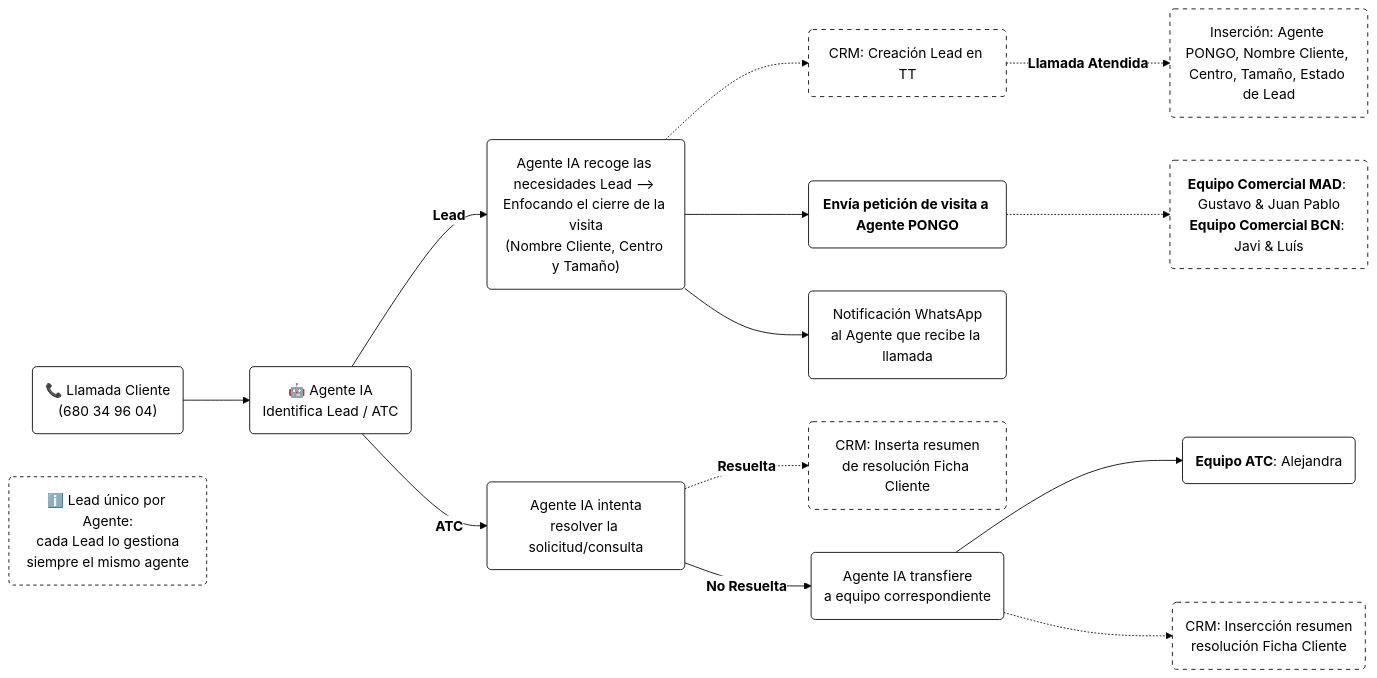
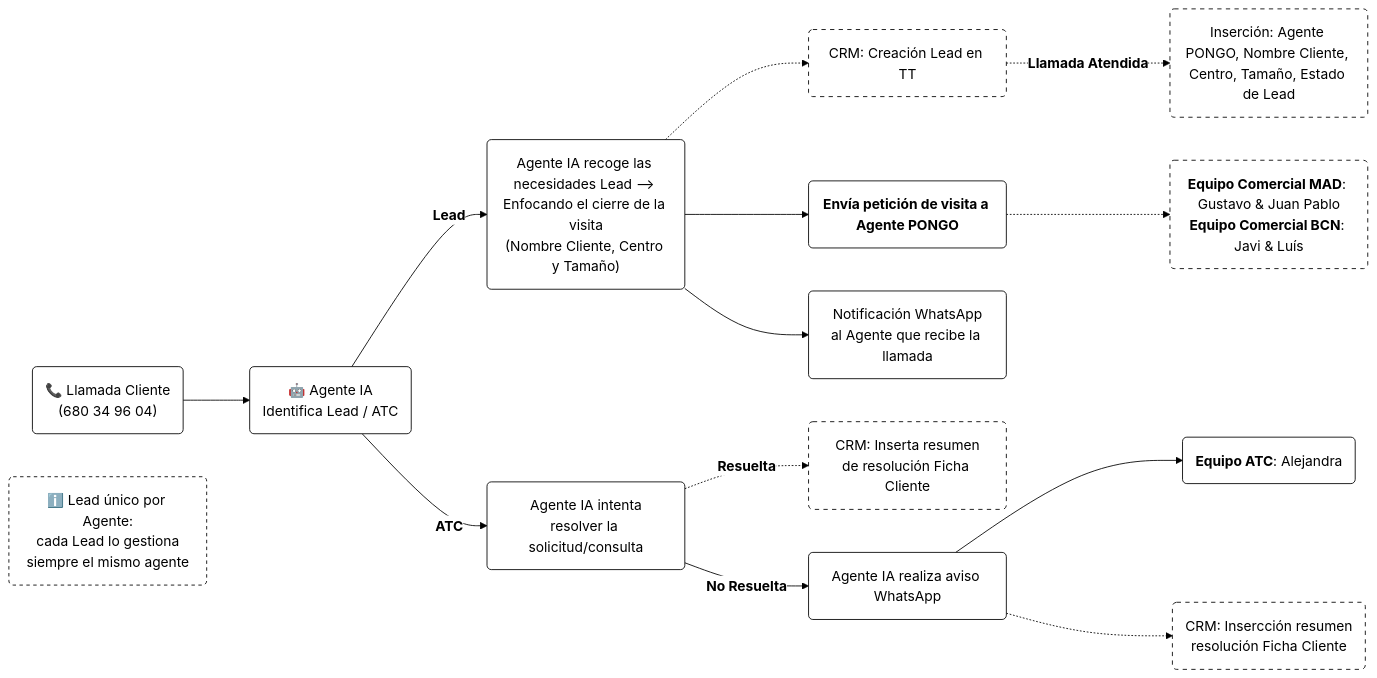
The diagram in flujo_en_horario (1).md (Fblanchete/Agente-IA), drawn with Mermaid before and after one commit.

Commit message:
Update flujo_en_horario (1).md

````diff
--- a/flujo_en_horario (1).md
+++ b/flujo_en_horario (1).md
@@ -3,33 +3,33 @@
 ```mermaid
 %%{init: {'theme': 'base', 'themeVariables': { 'fontFamily': 'Arial', 'background': '#FFFFFF', 'primaryColor': '#FFFFFF', 'primaryBorderColor': '#000000', 'primaryTextColor': '#000000', 'lineColor': '#000000', 'secondaryColor': '#FFFFFF', 'tertiaryColor': '#FFFFFF'}}}%%
 flowchart LR
     A1("📞 Llamada Cliente<br/>(680 34 96 04)") --> A2("🤖 Agente IA<br/>Identifica Lead / ATC")
 
     A2 -->|"`**Lead**`"| L2("Agente IA recoge las necesidades Lead --> Enfocando el cierre de la visita<br/>(Nombre Cliente, Centro y Tamaño)")
     L2 -.-> CRM1("CRM: Creación Lead en TT")
     L2 --> L4("`**Envía petición de visita a Agente PONGO**`")
     L2 --> L5("Notificación WhatsApp<br/>al Agente que recibe la llamada")
     L4 -.-> L6("`**Equipo Comercial MAD**: Gustavo & Juan Pablo<br/>**Equipo Comercial BCN**: Javi & Luís`")
     CRM1 -.-> |"`**Llamada Atendida**`"| LA("Inserción: Agente PONGO, Nombre Cliente, Centro, Tamaño, Estado de Lead")
 
     A2 -->|"`**ATC**`"| T1("Agente IA intenta<br/>resolver la solicitud/consulta")
     T1 -.->|"`**Resuelta**`"| CRM2("CRM: Inserta resumen<br/>de resolución Ficha Cliente")
-    T1 -->|"`**No Resuelta**`"| T2("Agente IA transfiere<br/>a equipo correspondiente")
+    T1 -->|"`**No Resuelta**`"| T2("Agente IA realiza aviso WhatsApp")
     T2 --> T3("`**Equipo ATC**: Alejandra`")
     T2 -.-> CRM3("CRM: Insercción resumen<br/>resolución Ficha Cliente")
   
 
     N0("ℹ️ Lead único por Agente:<br/>cada Lead lo gestiona<br/>siempre el mismo agente")
 
 
     classDef todos fill:#FFFFFF,stroke:#000000,color:#000000
     classDef nota fill:#FFFFFF,stroke:#000000,color:#000000,stroke-dasharray: 4 4
     classDef comment fill:#FFFFFF,stroke:#FF2C2C,color:#000000,stroke-dasharray: 5 5
     classDef CRM fill:#FFFFFF,stroke:#000000,color:#000000,stroke-dasharray: 5 5
     class A1,A2,L2,L4,L5,T1,T2,T3 todos
     class N0 nota
     class L3 comment
     class CRM1,LA,LNA,CRM3,CRM2,L6 CRM
    
 
 ```
````
